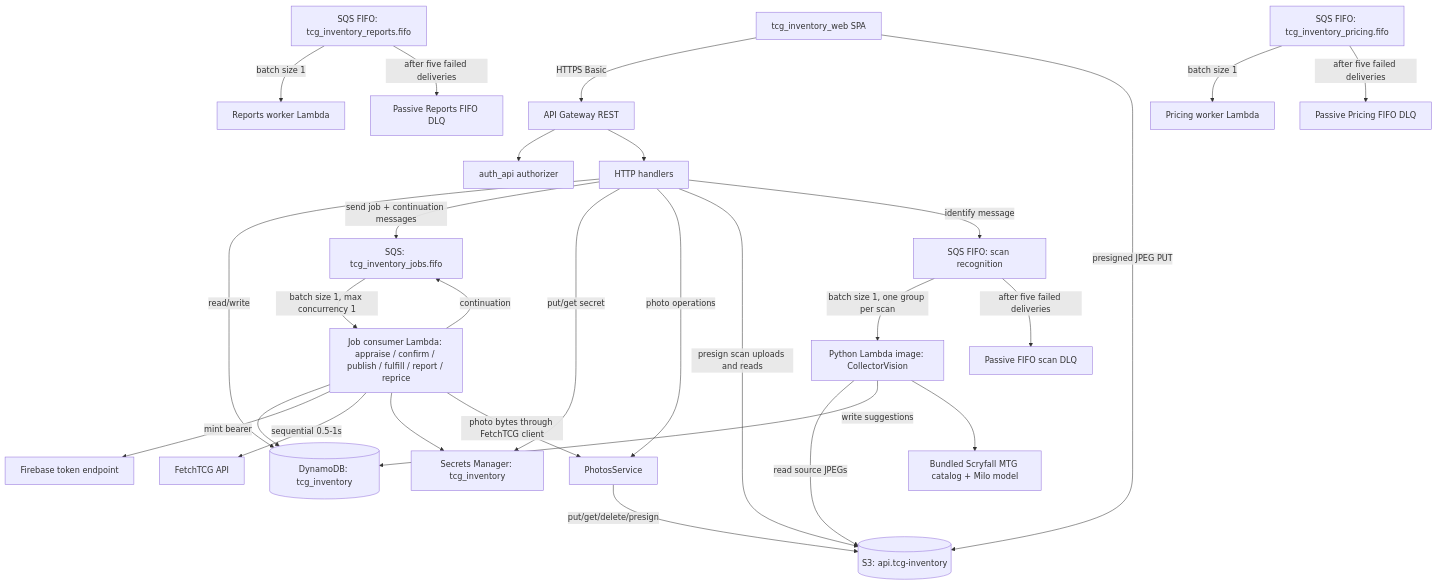
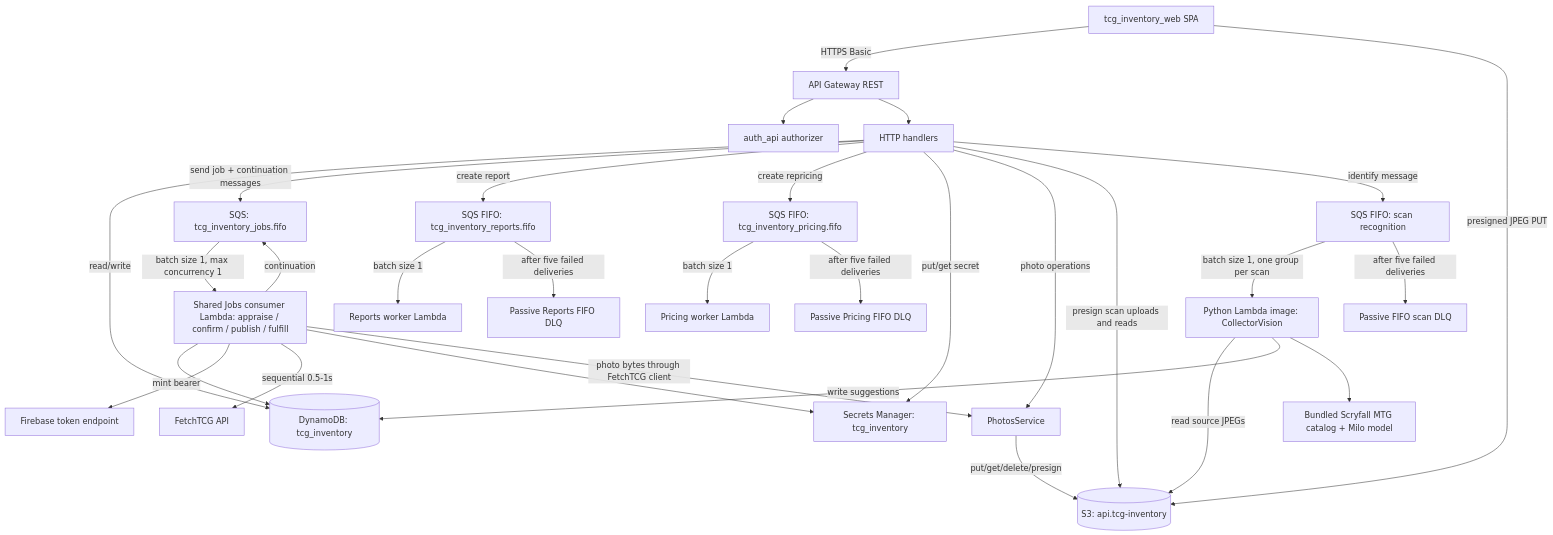
The first of 3 diagrams in tcg_inventory_api/README.md (jordansimsmith/jordansimsmith-com), drawn with Mermaid before and after one commit. The commit also changed other lines of this file and 27 other files, not shown here.

````diff
--- a/tcg_inventory_api/README.md
+++ b/tcg_inventory_api/README.md
@@ -96,30 +96,32 @@
 ```mermaid
 flowchart TD
   web[tcg_inventory_web SPA] -->|HTTPS Basic| apigw[API Gateway REST]
   apigw --> authz[auth_api authorizer]
   apigw --> http[HTTP handlers]
   http -->|read/write| ddb[(DynamoDB: tcg_inventory)]
   http -->|send job + continuation messages| sqs[SQS: tcg_inventory_jobs.fifo]
-  sqs -->|batch size 1, max concurrency 1| jobs[Job consumer Lambda: appraise / confirm / publish / fulfill / report / reprice]
+  http -->|create report| reportsqs
+  http -->|create repricing| pricingsqs
+  sqs -->|batch size 1, max concurrency 1| jobs[Shared Jobs consumer Lambda: appraise / confirm / publish / fulfill]
   jobs --> ddb
   jobs -->|continuation| sqs
   reportsqs[SQS FIFO: tcg_inventory_reports.fifo] -->|batch size 1| reportworker[Reports worker Lambda]
   reportsqs -->|after five failed deliveries| reportsdlq[Passive Reports FIFO DLQ]
   pricingsqs[SQS FIFO: tcg_inventory_pricing.fifo] -->|batch size 1| pricingworker[Pricing worker Lambda]
   pricingsqs -->|after five failed deliveries| pricingdlq[Passive Pricing FIFO DLQ]
   jobs -->|mint bearer| firebase[Firebase token endpoint]
   jobs -->|sequential 0.5-1s| fetchtcg[FetchTCG API]
   http -->|put/get secret| secrets[Secrets Manager: tcg_inventory]
   jobs --> secrets
   http -->|photo operations| photos[PhotosService]
   photos -->|put/get/delete/presign| s3[(S3: api.tcg-inventory)]
   jobs -->|photo bytes through FetchTCG client| photos
   http -->|presign scan uploads and reads| s3
   web -->|presigned JPEG PUT| s3
   http -->|identify message| scansqs[SQS FIFO: scan recognition]
   scansqs -->|batch size 1, one group per scan| scanworker[Python Lambda image: CollectorVision]
   scansqs -->|after five failed deliveries| scandlq[Passive FIFO scan DLQ]
   scanworker -->|read source JPEGs| s3
   scanworker -->|write suggestions| ddb
   scanworker --> catalog[Bundled Scryfall MTG catalog + Milo model]
 ```
````
